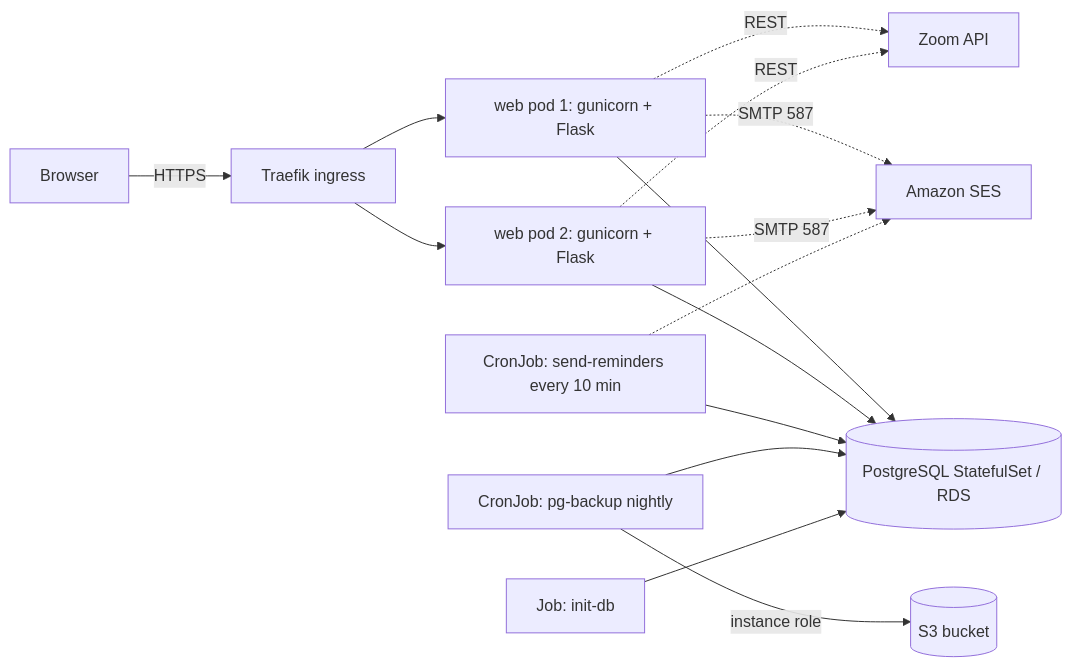
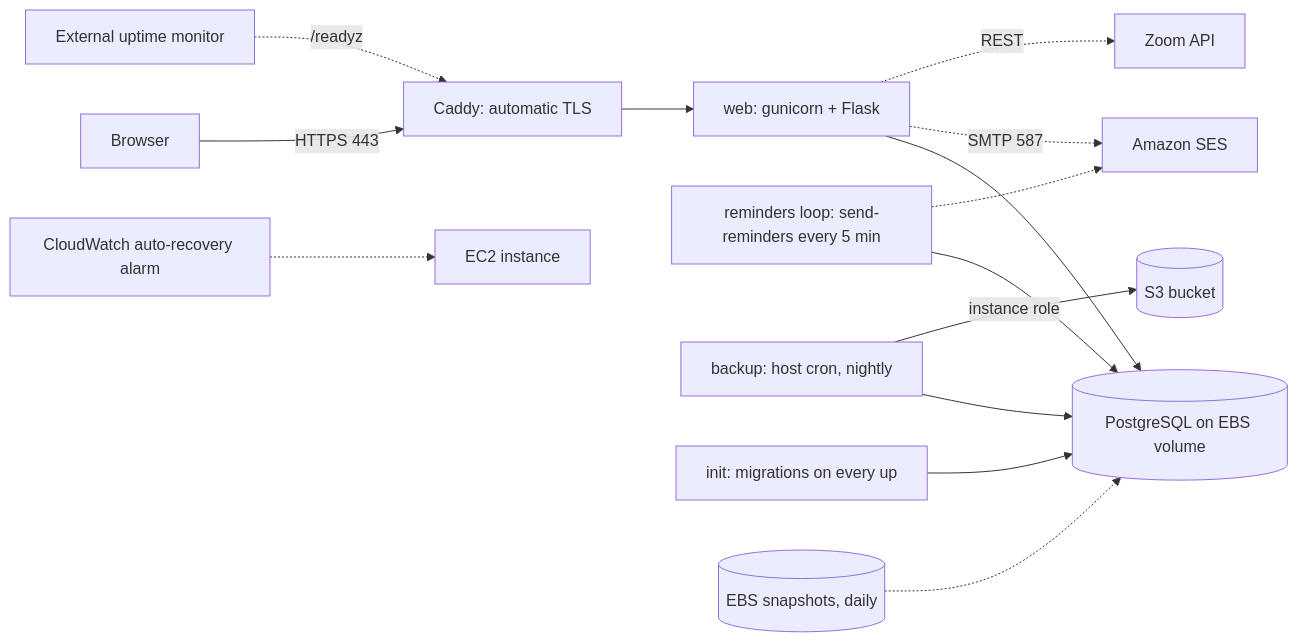
One commit to Ryan-wong123/booking-service-telegram-bot changed the first of 2 diagrams in docs/Architecture.md. Above: the diagram before and after it, drawn with Mermaid. The commit also changed other lines of this file and 23 other files, not shown here.

````diff
--- a/docs/Architecture.md
+++ b/docs/Architecture.md
@@ -12,14 +12,16 @@
 ```mermaid
 flowchart LR
-  U[Browser] -->|HTTPS| I[Traefik ingress]
-  I --> W1[web pod 1: gunicorn + Flask]
-  I --> W2[web pod 2: gunicorn + Flask]
-  W1 & W2 --> PG[(PostgreSQL StatefulSet / RDS)]
-  W1 & W2 -.->|SMTP 587| SES[Amazon SES]
-  W1 & W2 -.->|REST| Z[Zoom API]
-  CR[CronJob: send-reminders every 10 min] --> PG
-  CR -.-> SES
-  BK[CronJob: pg-backup nightly] --> PG
+  U[Browser] -->|HTTPS 443| C[Caddy: automatic TLS]
+  C --> W[web: gunicorn + Flask]
+  W --> PG[(PostgreSQL on EBS volume)]
+  W -.->|SMTP 587| SES[Amazon SES]
+  W -.->|REST| Z[Zoom API]
+  R[reminders loop: send-reminders every 5 min] --> PG
+  R -.-> SES
+  BK[backup: host cron, nightly] --> PG
   BK -->|instance role| S3[(S3 bucket)]
-  INIT[Job: init-db] --> PG
+  INIT[init: migrations on every up] --> PG
+  EBS[(EBS snapshots, daily)] -.-> PG
+  CW[CloudWatch auto-recovery alarm] -.-> EC2[EC2 instance]
+  UP[External uptime monitor] -.->|/readyz| C
 ```
````
